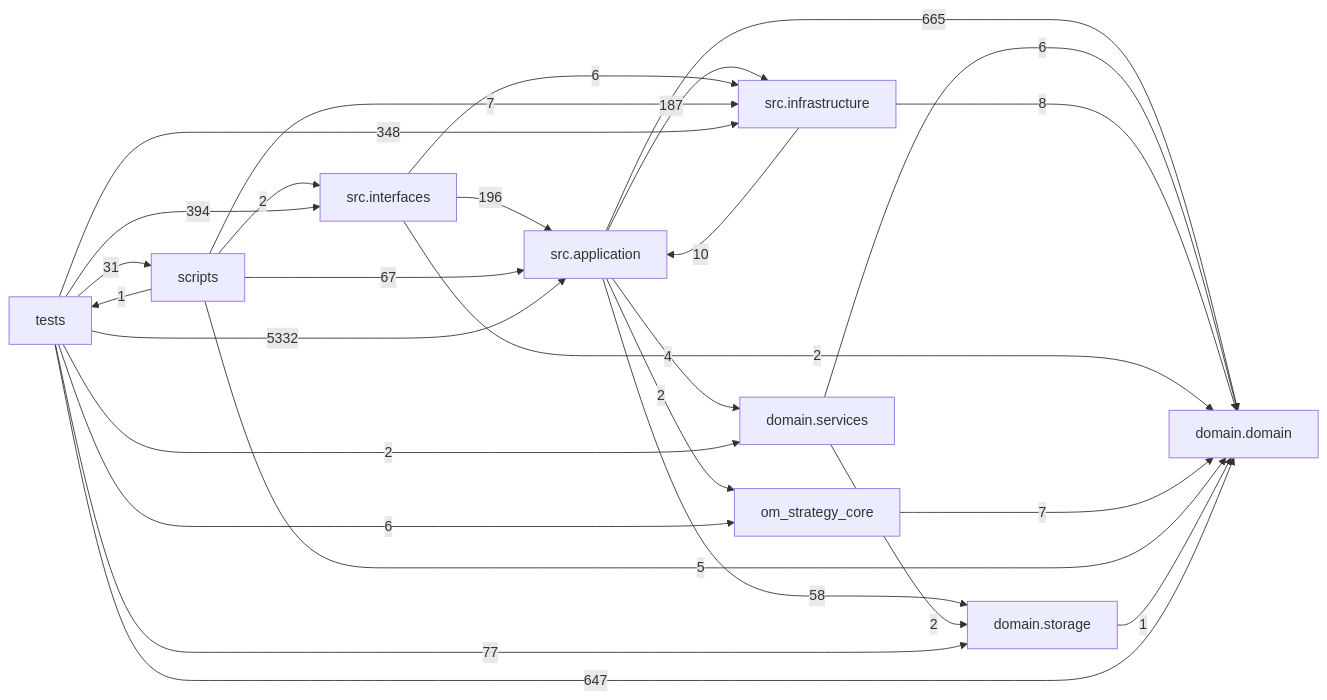
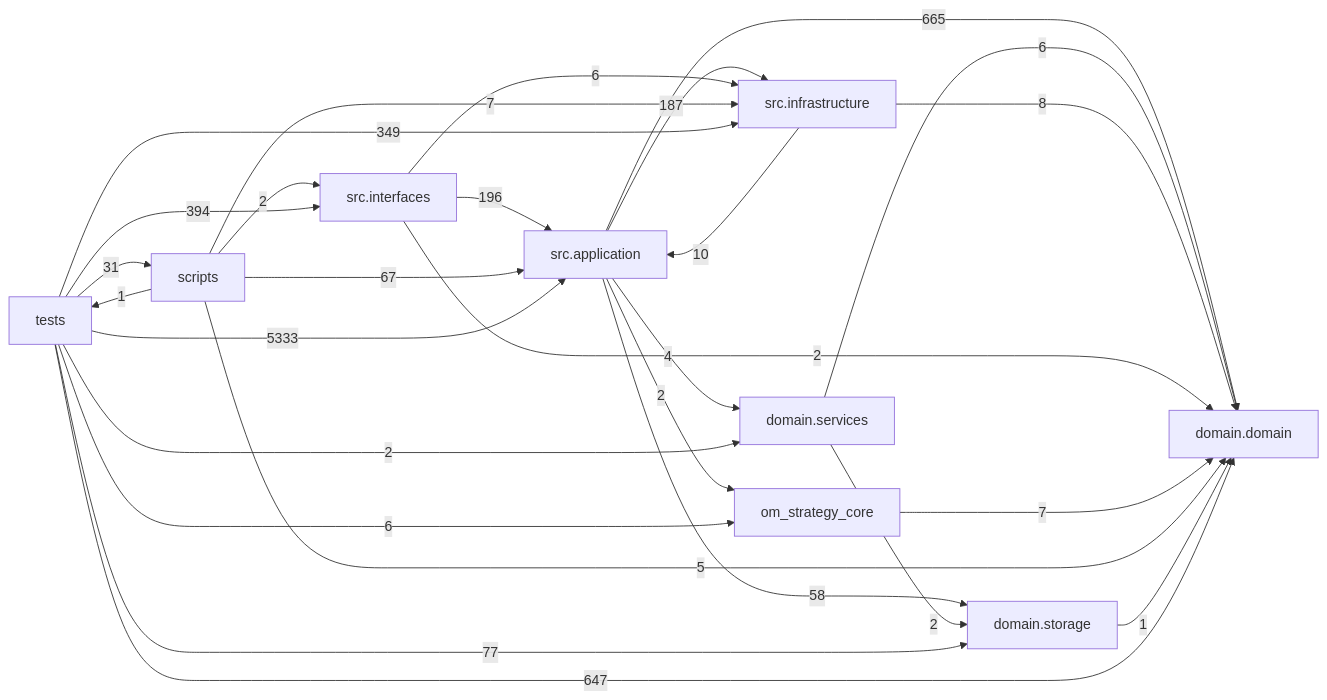
One commit to liuxie066/options-monitor changed the diagram in docs/DEPENDENCY_GRAPH.md. Above: the diagram before and after it, drawn with Mermaid. The commit also changed other lines of this file and 3 other files, not shown here.

````diff
--- a/docs/DEPENDENCY_GRAPH.md
+++ b/docs/DEPENDENCY_GRAPH.md
@@ -24,38 +24,38 @@
 ```mermaid
 flowchart LR
   tests["tests"]
   scripts["scripts"]
   interfaces["src.interfaces"]
   application["src.application"]
   infrastructure["src.infrastructure"]
   domain_services["domain.services"]
   domain["domain.domain"]
   storage["domain.storage"]
   application -->|665| domain
   application -->|4| domain_services
   application -->|187| infrastructure
   application -->|2| om_strategy_core
   application -->|58| storage
   domain_services -->|6| domain
   domain_services -->|2| storage
   infrastructure -->|10| application
   infrastructure -->|8| domain
   interfaces -->|196| application
   interfaces -->|2| domain
   interfaces -->|6| infrastructure
   om_strategy_core -->|7| domain
   scripts -->|67| application
   scripts -->|5| domain
   scripts -->|7| infrastructure
   scripts -->|2| interfaces
   scripts -->|1| tests
   storage -->|1| domain
-  tests -->|5332| application
+  tests -->|5333| application
   tests -->|647| domain
   tests -->|2| domain_services
-  tests -->|348| infrastructure
+  tests -->|349| infrastructure
   tests -->|394| interfaces
   tests -->|6| om_strategy_core
   tests -->|31| scripts
   tests -->|77| storage
 ```
````
